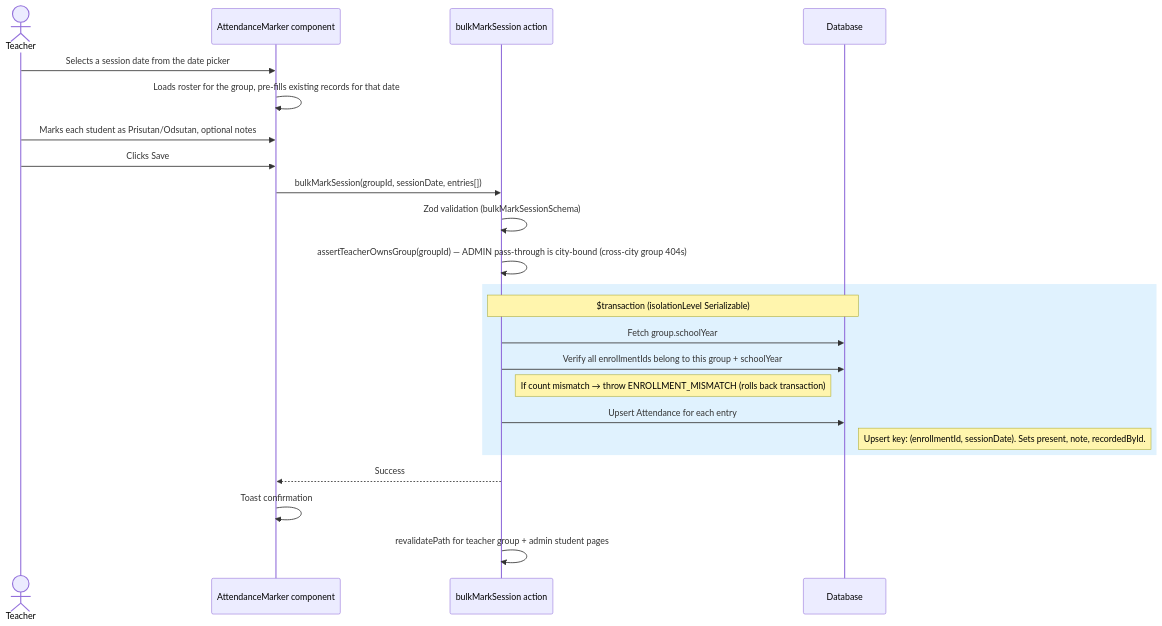
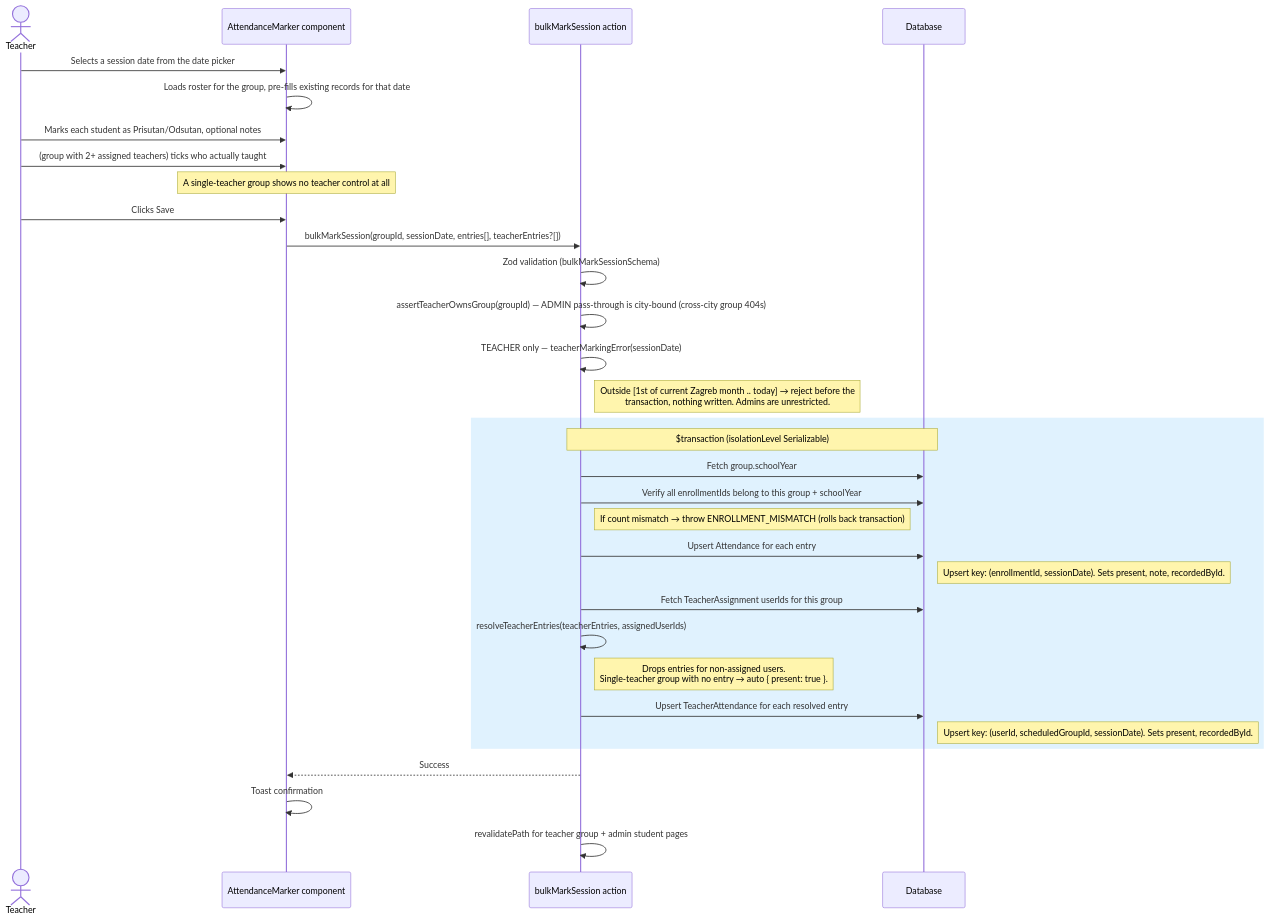
One commit to jpucic00/inovatic changed the fifth of 8 diagrams in docs/diagrams/attendance-flow.md. Above: the diagram before and after it, drawn with Mermaid. The commit also changed other lines of this file and 3 other files, not shown here.

First line of the commit message:
Dijagrami: uskladi ERD, dolazak, prijavu i upise sa stvarnim stanjem

````diff
--- a/docs/diagrams/attendance-flow.md
+++ b/docs/diagrams/attendance-flow.md
@@ -100,31 +102,40 @@
 ```mermaid
 sequenceDiagram
     actor Teacher
     participant UI as AttendanceMarker component
     participant Server as bulkMarkSession action
     participant DB as Database
 
     Teacher->>UI: Selects a session date from the date picker
     UI->>UI: Loads roster for the group, pre-fills existing records for that date
 
     Teacher->>UI: Marks each student as Prisutan/Odsutan, optional notes
+    Teacher->>UI: (group with 2+ assigned teachers) ticks who actually taught
+    Note over UI: A single-teacher group shows no teacher control at all
     Teacher->>UI: Clicks Save
 
-    UI->>Server: bulkMarkSession(groupId, sessionDate, entries[])
+    UI->>Server: bulkMarkSession(groupId, sessionDate, entries[], teacherEntries?[])
 
     Server->>Server: Zod validation (bulkMarkSessionSchema)
     Server->>Server: assertTeacherOwnsGroup(groupId) — ADMIN pass-through is city-bound (cross-city group 404s)
+    Server->>Server: TEACHER only — teacherMarkingError(sessionDate)
+    Note right of Server: Outside [1st of current Zagreb month .. today] → reject before the<br/>transaction, nothing written. Admins are unrestricted.
 
     rect rgb(224, 242, 254)
         Note over Server,DB: $transaction (isolationLevel Serializable)
         Server->>DB: Fetch group.schoolYear
         Server->>DB: Verify all enrollmentIds belong to this group + schoolYear
         Note right of Server: If count mismatch → throw ENROLLMENT_MISMATCH (rolls back transaction)
         Server->>DB: Upsert Attendance for each entry
         Note right of DB: Upsert key: (enrollmentId, sessionDate). Sets present, note, recordedById.
+        Server->>DB: Fetch TeacherAssignment userIds for this group
+        Server->>Server: resolveTeacherEntries(teacherEntries, assignedUserIds)
+        Note right of Server: Drops entries for non-assigned users.<br/>Single-teacher group with no entry → auto { present: true }.
+        Server->>DB: Upsert TeacherAttendance for each resolved entry
+        Note right of DB: Upsert key: (userId, scheduledGroupId, sessionDate). Sets present, recordedById.
     end
 
     Server-->>UI: Success
     UI->>UI: Toast confirmation
     Server->>Server: revalidatePath for teacher group + admin student pages
 ```
````
